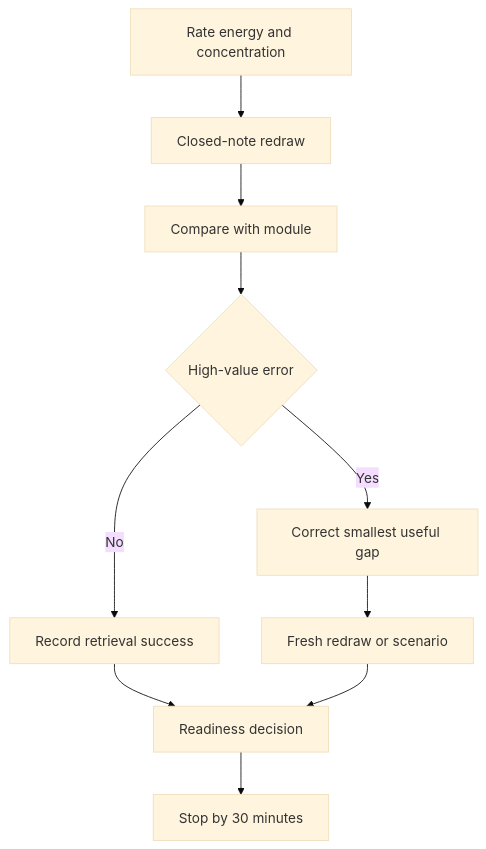
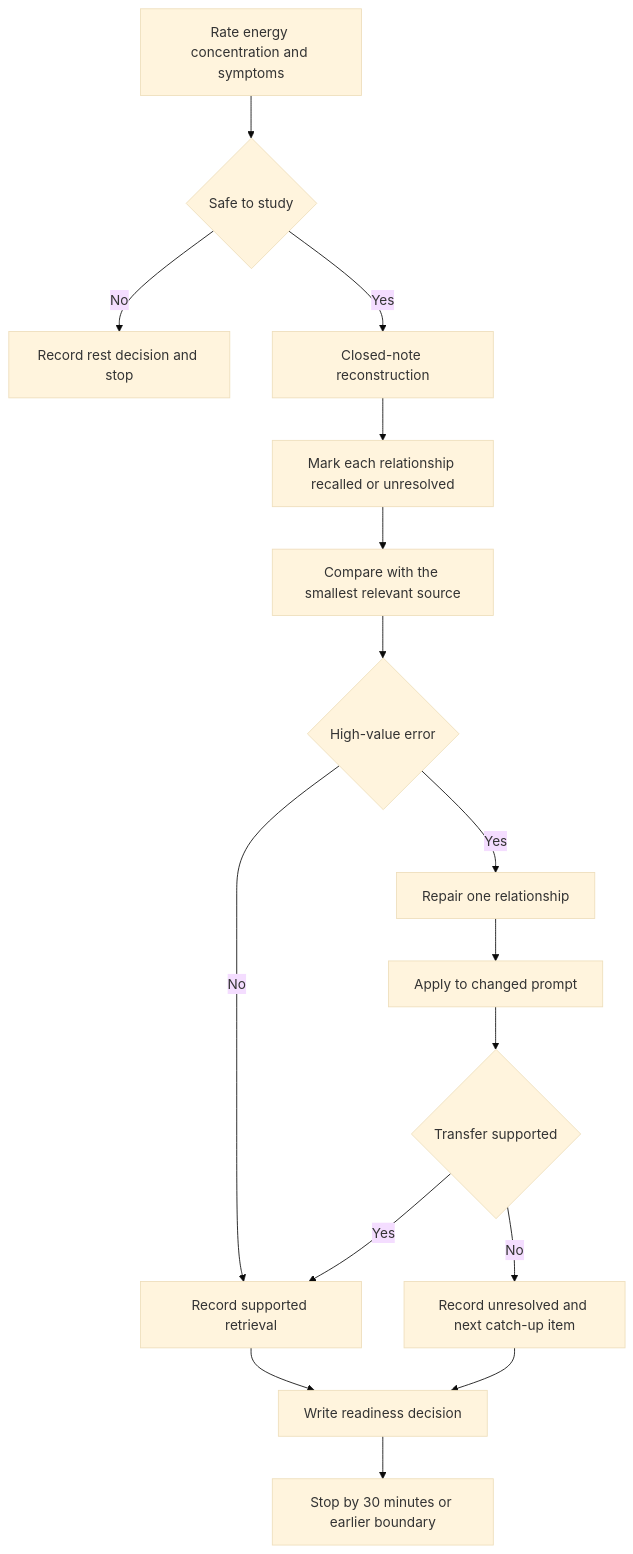
The diagram in docs/learning-plans/6-week/modules/day-26-rest-visual-recall-practice-and-catch-up.md (andrew3stedall/capstone), drawn with Mermaid (base theme) before and after one commit. The commit also changed other lines of this file and 4 other files, not shown here.

````diff
--- a/docs/learning-plans/6-week/modules/day-26-rest-visual-recall-practice-and-catch-up.md
+++ b/docs/learning-plans/6-week/modules/day-26-rest-visual-recall-practice-and-catch-up.md
@@ -52,12 +108,18 @@
 ```mermaid
 flowchart TD
-    A[Rate energy and concentration] --> B[Closed-note redraw]
-    B --> C[Compare with module]
-    C --> D{High-value error}
-    D -->|No| E[Record retrieval success]
-    D -->|Yes| F[Correct smallest useful gap]
-    F --> G[Fresh redraw or scenario]
-    E --> H[Readiness decision]
-    G --> H
-    H --> I[Stop by 30 minutes]
+    A[Rate energy concentration and symptoms] --> B{Safe to study}
+    B -->|No| C[Record rest decision and stop]
+    B -->|Yes| D[Closed-note reconstruction]
+    D --> E[Mark each relationship recalled or unresolved]
+    E --> F[Compare with the smallest relevant source]
+    F --> G{High-value error}
+    G -->|No| H[Record supported retrieval]
+    G -->|Yes| I[Repair one relationship]
+    I --> J[Apply to changed prompt]
+    J --> K{Transfer supported}
+    K -->|Yes| H
+    K -->|No| L[Record unresolved and next catch-up item]
+    H --> M[Write readiness decision]
+    L --> M
+    M --> N[Stop by 30 minutes or earlier boundary]
 ```
````
